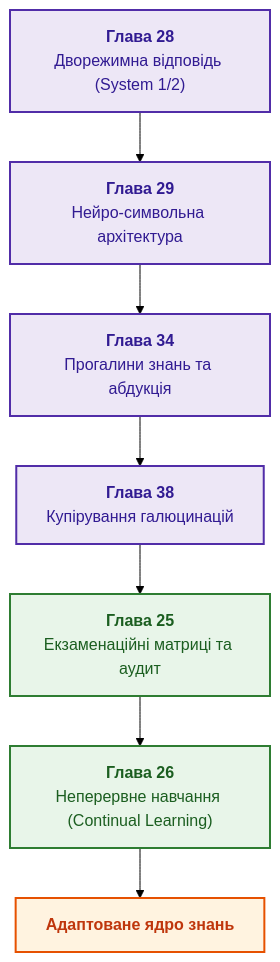
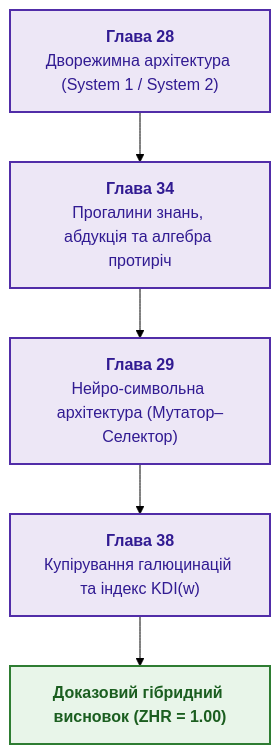
Before and after one commit to nick-fedchik/articles: the diagram in ExpertSystem/part-06-frontiers-neuro-symbolic.md, drawn with Mermaid (forest theme). The commit also changed other lines of this file and 174 other files, not shown here.

````diff
--- a/ExpertSystem/part-06-frontiers-neuro-symbolic.md
+++ b/ExpertSystem/part-06-frontiers-neuro-symbolic.md
@@ -19,20 +19,16 @@
 ```mermaid
 flowchart TD
-    accTitle: Нейро-символьна інтеграція та неперервне навчання Частини VI
-    accDescr: Дворежимна архітектура, мовні моделі, прогалини, купірування галюцинацій, екзаменаційні матриці та неперервне навчання.
+    accTitle: Дворежимна абдукція та нейро-символьна архітектура Частини VI
+    accDescr: Від дворежимного контракту та реляційної абдукції через нейро-символьний конвеєр Мутатор–Селектор до доказового купірування галюцинацій.
 
-    DUAL["<b>Глава 28</b><br/>Дворежимна відповідь (System 1/2)"] --> NESY["<b>Глава 29</b><br/>Нейро-символьна архітектура"]
-    NESY --> GAP["<b>Глава 34</b><br/>Прогалини знань та абдукція"]
-    GAP --> HAL["<b>Глава 38</b><br/>Купірування галюцинацій"]
-    HAL --> EXAM["<b>Глава 25</b><br/>Екзаменаційні матриці та аудит"]
-    EXAM --> CL["<b>Глава 26</b><br/>Неперервне навчання (Continual Learning)"]
-    CL --> ADAPT["<b>Адаптоване ядро знань</b>"]
+    DUAL["<b>Глава 28</b><br/>Дворежимна архітектура (System 1 / System 2)"] --> GAP["<b>Глава 34</b><br/>Прогалини знань, абдукція та алгебра протиріч"]
+    GAP --> NESY["<b>Глава 29</b><br/>Нейро-символьна архітектура (Мутатор–Селектор)"]
+    NESY --> HAL["<b>Глава 38</b><br/>Купірування галюцинацій та індекс KDI(w)"]
+    HAL --> OUT["<b>Доказовий гібридний висновок (ZHR = 1.00)</b>"]
 
-    classDef core fill:#e8f5e9,stroke:#2e7d32,stroke-width:2px,color:#1b5e20;
     classDef step fill:#ede7f6,stroke:#512da8,stroke-width:2px,color:#311b92;
-    classDef out fill:#fff3e0,stroke:#e65100,stroke-width:2px,color:#bf360c;
+    classDef out fill:#e8f5e9,stroke:#2e7d32,stroke-width:2px,color:#1b5e20;
 
-    class DUAL,NESY,GAP,HAL step;
-    class EXAM,CL core;
-    class ADAPT out;
+    class DUAL,GAP,NESY,HAL step;
+    class OUT out;
 ```
````
